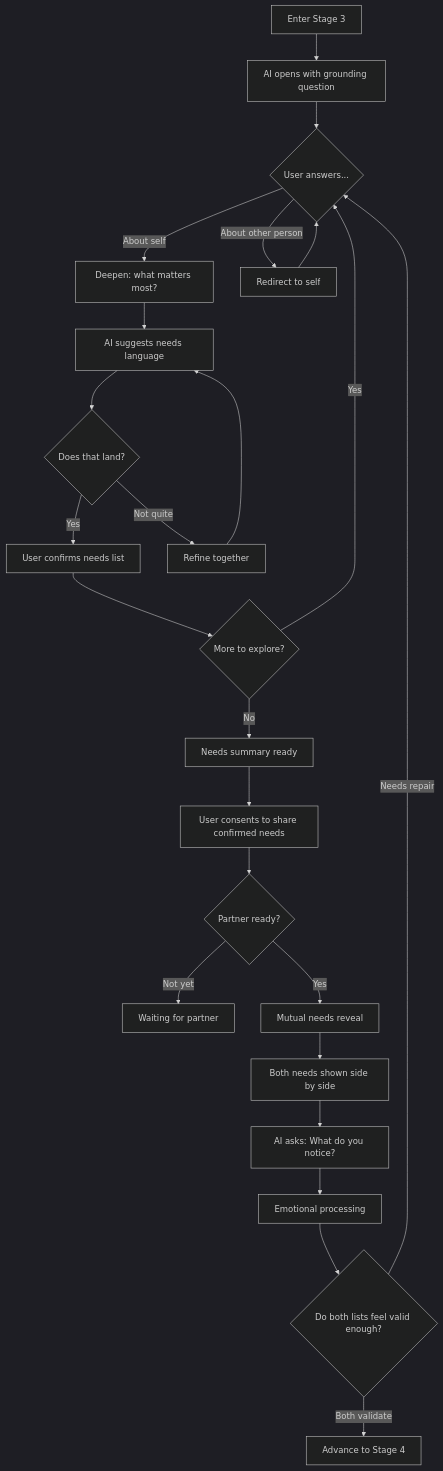
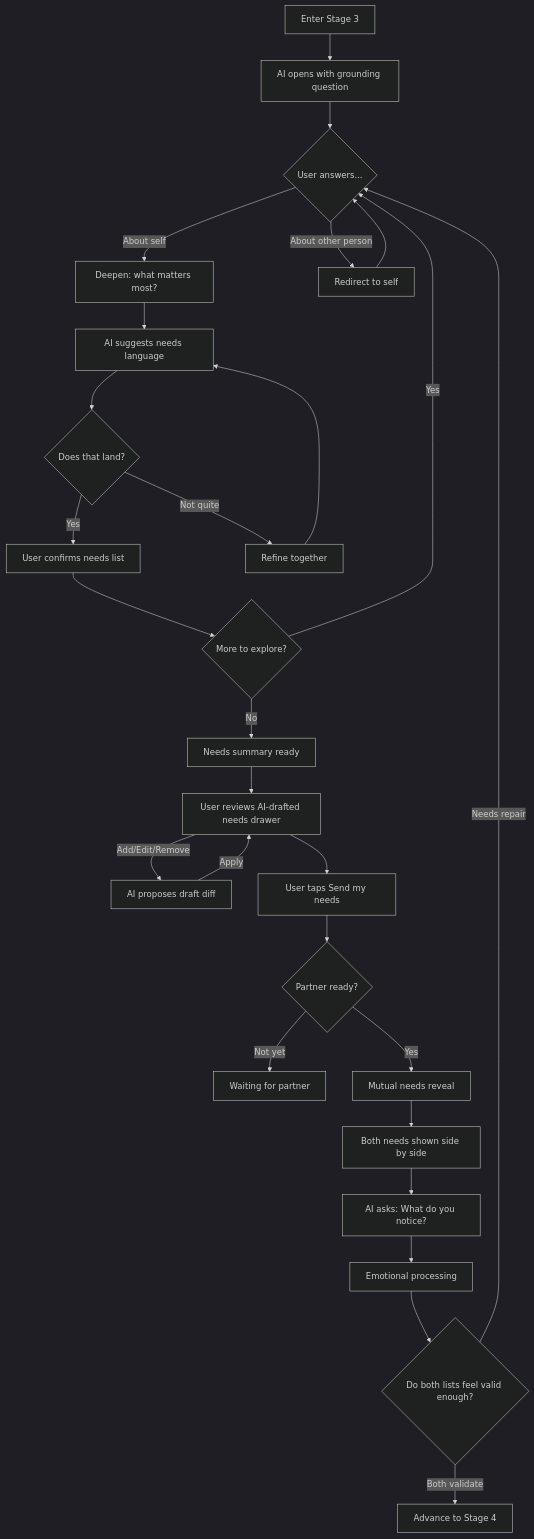
The diagram in docs/product/stages/stage-3-what-matters.md (shantamg/meet-without-fear), drawn with Mermaid (dark theme) before and after one commit. The commit also changed other lines of this file and 139 other files, not shown here.

First line of the commit message:
Stage 3/4 rework and full Tending flow (#640)

````diff
--- a/docs/product/stages/stage-3-what-matters.md
+++ b/docs/product/stages/stage-3-what-matters.md
@@ -28,32 +28,35 @@
 ```mermaid
 flowchart TD
     Enter[Enter Stage 3] --> Open[AI opens with grounding question]
 
     Open --> Explore{User answers...}
     Explore -->|About self| Deepen[Deepen: what matters most?]
     Explore -->|About other person| Redirect[Redirect to self]
 
     Redirect --> Explore
 
     Deepen --> Suggest[AI suggests needs language]
     Suggest --> Check{Does that land?}
     Check -->|Yes| Confirm[User confirms needs list]
     Check -->|Not quite| Refine[Refine together]
     Refine --> Suggest
 
     Confirm --> More{More to explore?}
     More -->|Yes| Explore
     More -->|No| Summary[Needs summary ready]
 
-    Summary --> Consent[User consents to share confirmed needs]
+    Summary --> Review[User reviews AI-drafted needs drawer]
+    Review -->|Add/Edit/Remove| Preview[AI proposes draft diff]
+    Preview -->|Apply| Review
+    Review --> Consent[User taps Send my needs]
     Consent --> Wait{Partner ready?}
     Wait -->|Not yet| Waiting[Waiting for partner]
     Wait -->|Yes| NeedsShare[Mutual needs reveal]
 
     NeedsShare --> SideBySide[Both needs shown side by side]
     SideBySide --> Notice[AI asks: What do you notice?]
     Notice --> Process[Emotional processing]
     Process --> Validate{Do both lists feel valid enough?}
     Validate -->|Needs repair| Explore
     Validate -->|Both validate| Stage4[Advance to Stage 4]
 ```
````
